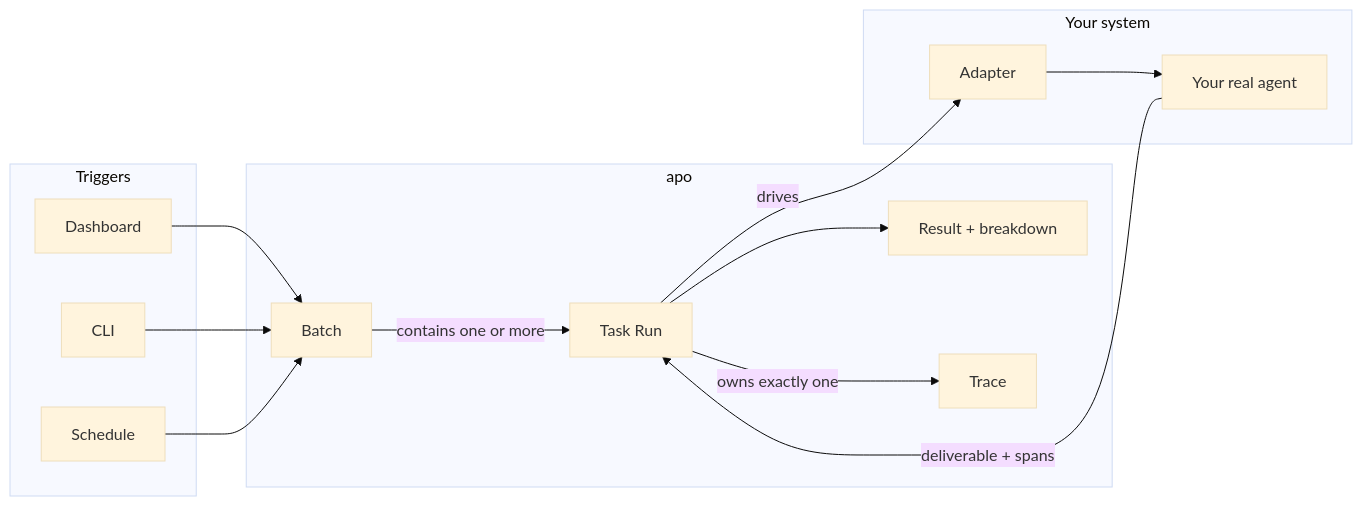
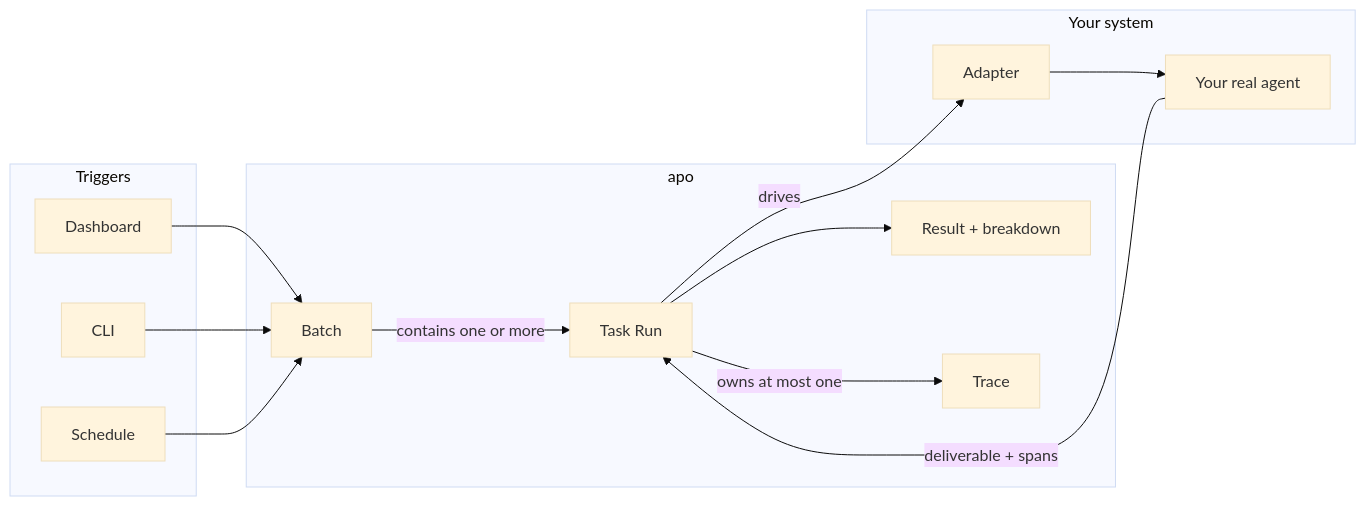
The diagram in apps/docs/src/content/docs/concepts/mental-model.md (samikuikka/apo), drawn with Mermaid (base theme) before and after one commit. The commit also changed other lines of this file and 17 other files, not shown here.

````diff
--- a/apps/docs/src/content/docs/concepts/mental-model.md
+++ b/apps/docs/src/content/docs/concepts/mental-model.md
@@ -8,30 +8,30 @@
 ```mermaid
 graph LR
   subgraph Triggers[Triggers]
     Dashboard[Dashboard]
     CLI[CLI]
     Schedule[Schedule]
   end
 
   subgraph apoContainer[apo]
     Batch[Batch]
     Run[Task Run]
     Result[Result + breakdown]
     Trace[Trace]
   end
 
   subgraph Yours[Your system]
     Adapter[Adapter]
     Agent[Your real agent]
   end
 
   Dashboard --> Batch
   CLI --> Batch
   Schedule --> Batch
   Batch -->|contains one or more| Run
   Run -->|drives| Adapter
   Adapter --> Agent
   Agent -->|deliverable + spans| Run
   Run --> Result
-  Run -->|owns exactly one| Trace
+  Run -->|owns at most one| Trace
 ```
````
